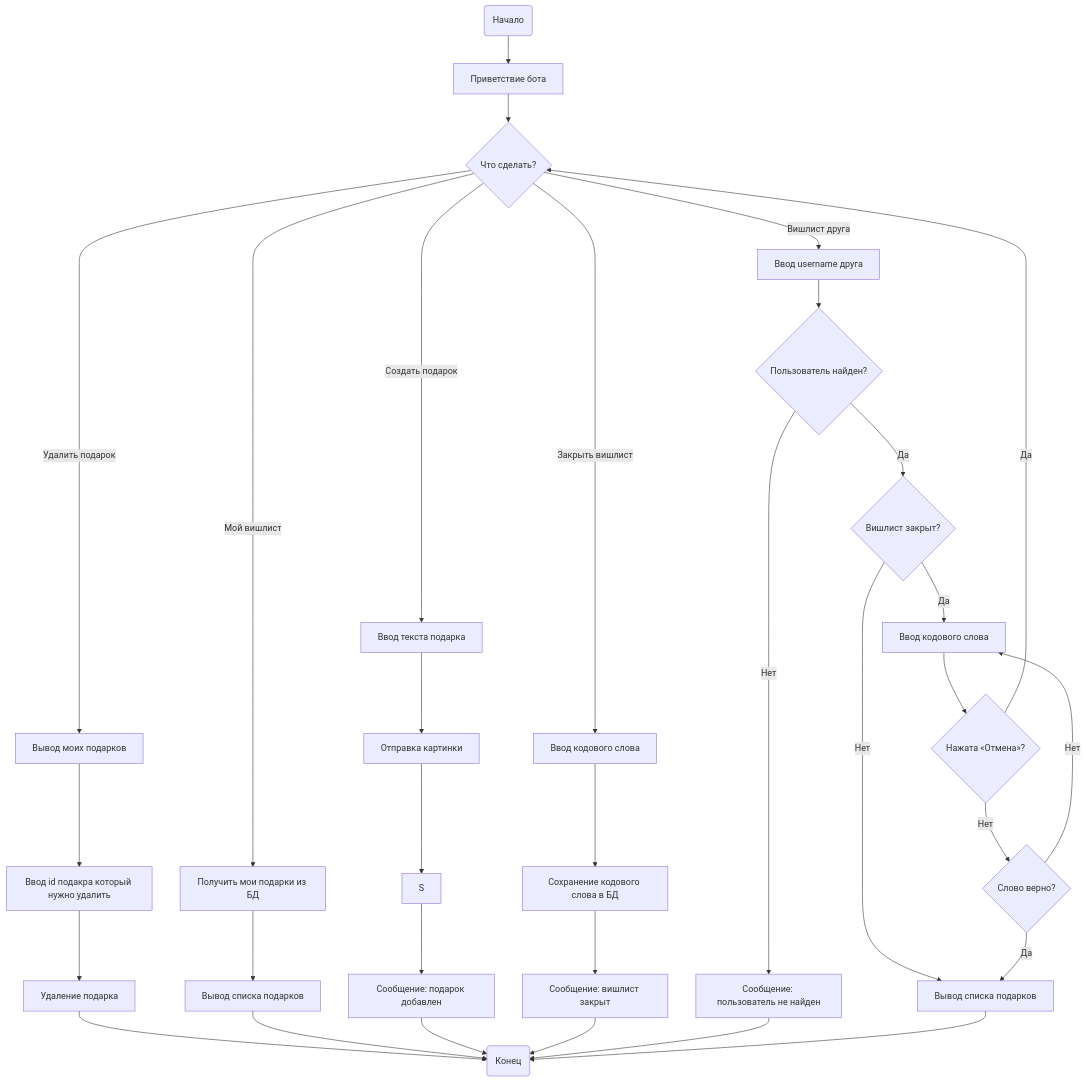
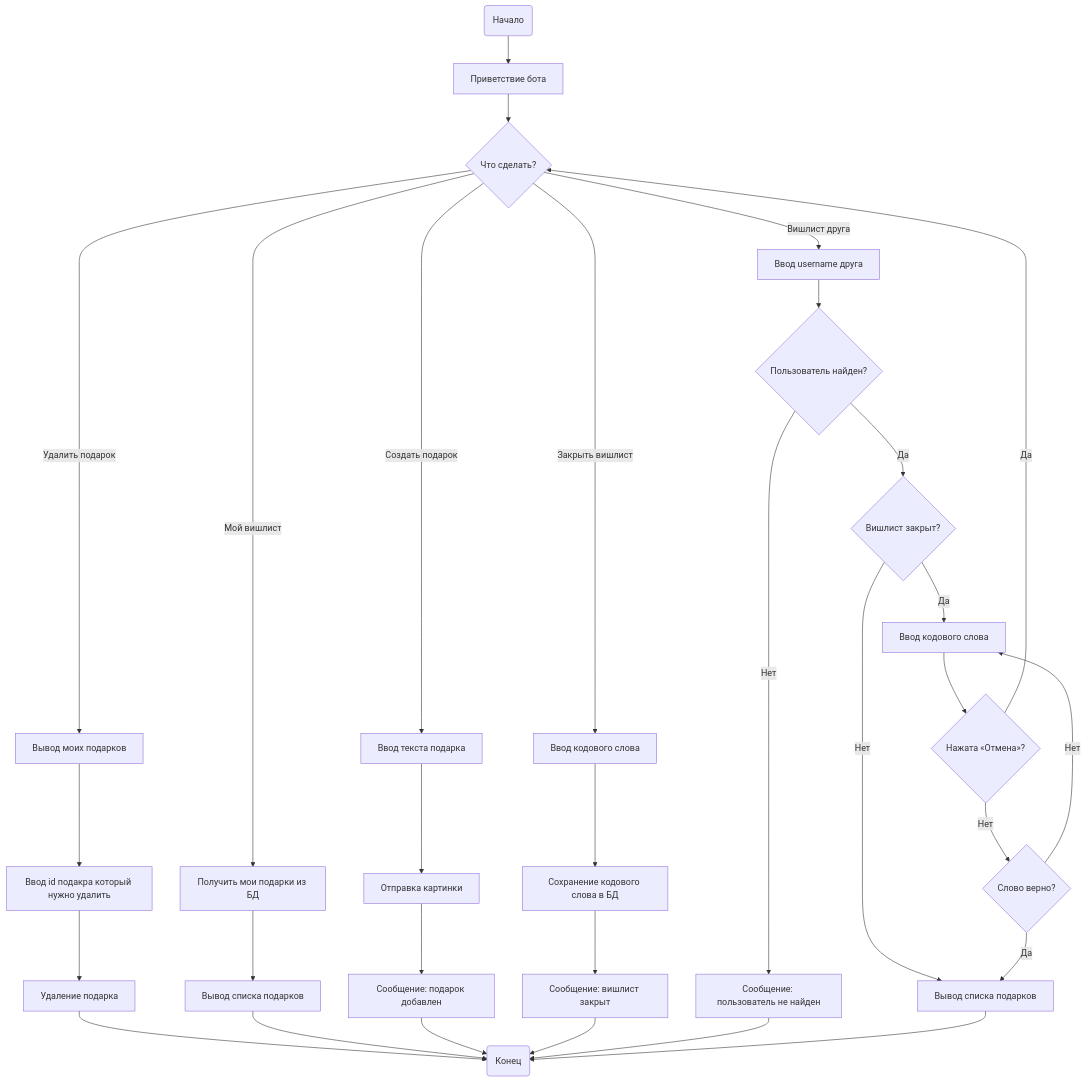
Before and after one commit to Dunwitch666/Wish-list-telegram-bot: the diagram in README.md, drawn with Mermaid.

````diff
--- a/README.md
+++ b/README.md
@@ -10,43 +10,42 @@
 ```mermaid
 flowchart TD
     Start(Начало) --> A[Приветствие бота]
     A --> B{Что сделать?}
 
     B --> |Мой вишлист| C[Получить мои подарки из БД]
     B --> |Вишлист друга| D[Ввод username друга]
     B --> |Создать подарок| K[Ввод текста подарка]
     B --> |Закрыть вишлист| L[Ввод кодового слова]
     B --> |Удалить подарок| AA[Вывод моих подарков]
 
     AA --> AB[Ввод id подакра который нужно удалить]
     AB --> AC[Удаление подарка]
     AC --> End
 
     C --> M[Вывод списка подарков]
 
     K --> R[Отправка картинки]
-    R --> S
-    S --> T["Сообщение: подарок добавлен"]
+    R --> T["Сообщение: подарок добавлен"]
 
     L --> U[Сохранение кодового слова в БД]
     U --> V["Сообщение: вишлист закрыт"]
 
     D --> X{Пользователь найден?}
     X --> |Нет| Y["Сообщение: пользователь не найден"]
     X --> |Да| E{Вишлист закрыт?}
 
     E --> |Нет| F[Вывод списка подарков]
     E --> |Да| J[Ввод кодового слова]
 
     J --> W{"Нажата «Отмена»?"}
     W --> |Да| B
     W --> |Нет| H{Слово верно?}
     H --> |Да| F
     H --> |Нет| J
 
     M --> End(Конец)
     T --> End
     V --> End
     Y --> End
     F --> End
 ```
````
